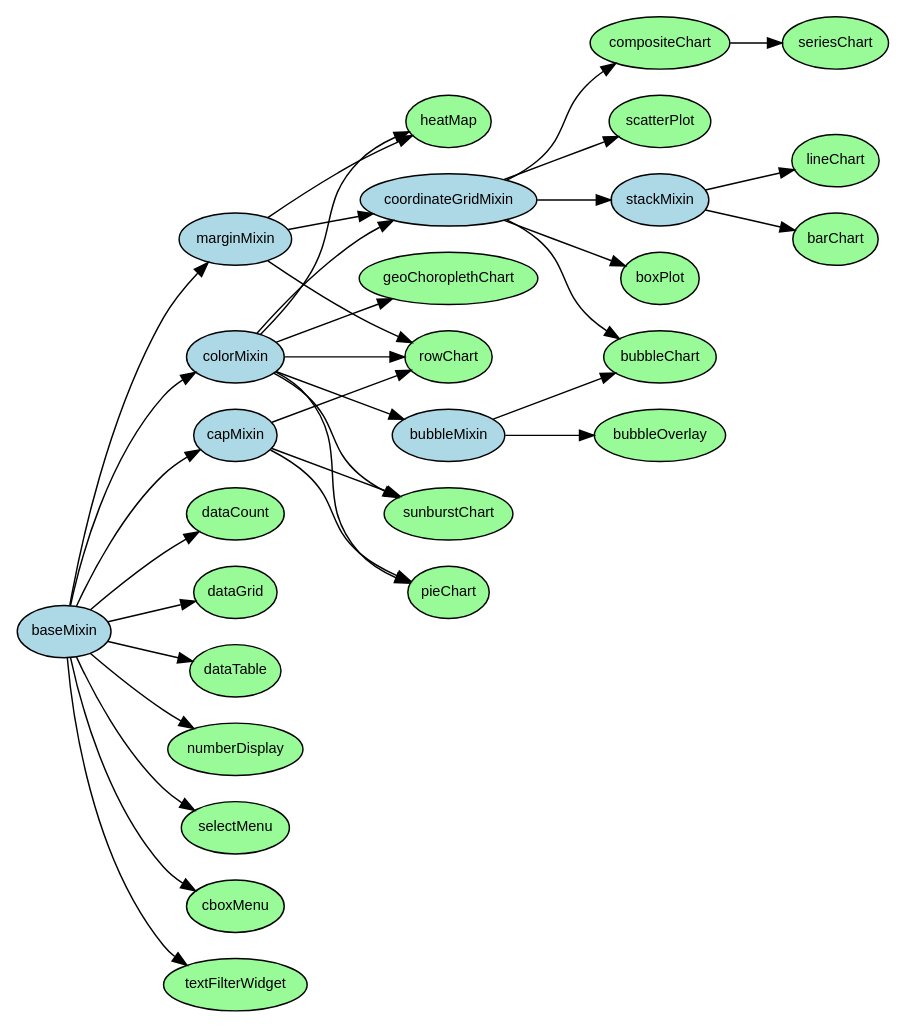
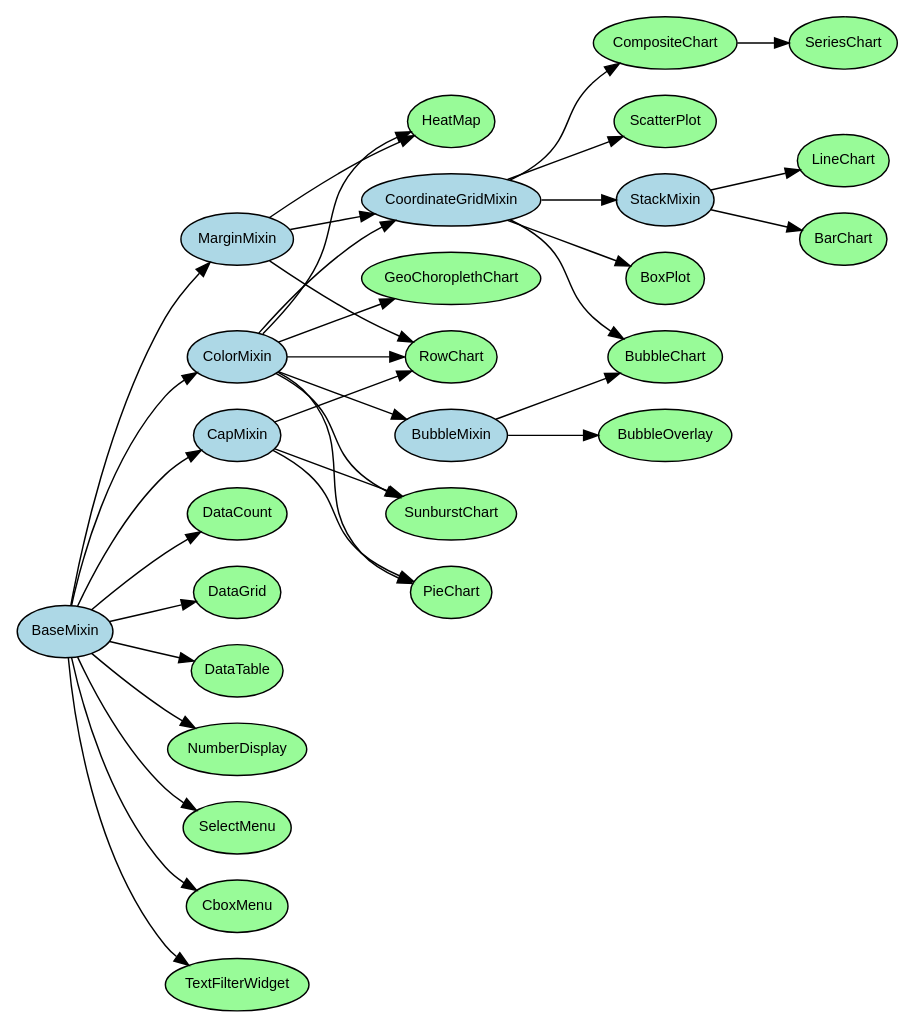
Before and after one commit to dc-js/dc.js: the diagram in class-hierarchy.dot, drawn with Graphviz.

Commit message:
fix links and capitalize class names in class hierarchy
fixes #1597

```diff
--- a/class-hierarchy.dot
+++ b/class-hierarchy.dot
@@ -1,40 +1,40 @@
 digraph dcHierarchy {
 graph [rankdir=LR, ranksep=0.5]
-node [fontname="sans-serif", fontsize=10, margin="0.05,0.05", href="dc.\N.html"]
+node [fontname="sans-serif", fontsize=10, margin="0.05,0.05", href="\N.html"]
 node [style=filled, fillcolor=palegreen]
-{ node [style=filled, fillcolor=lightblue] baseMixin colorMixin marginMixin bubbleMixin coordinateGridMixin stackMixin capMixin }
-baseMixin [href="dc.baseMixin.html"]
-colorMixin -> coordinateGridMixin
-marginMixin -> coordinateGridMixin
-coordinateGridMixin -> stackMixin
-stackMixin -> barChart
-coordinateGridMixin -> boxPlot
-coordinateGridMixin -> bubbleChart
-bubbleMixin -> bubbleChart
-colorMixin -> bubbleMixin
-bubbleMixin -> bubbleOverlay
-coordinateGridMixin -> compositeChart
-compositeChart -> seriesChart
-baseMixin -> dataCount
-baseMixin -> dataGrid
-baseMixin -> dataTable
-baseMixin -> colorMixin
-colorMixin -> geoChoroplethChart
-baseMixin -> marginMixin
-marginMixin -> heatMap
-colorMixin -> heatMap
-stackMixin -> lineChart
-baseMixin -> numberDisplay
-colorMixin -> pieChart
-baseMixin -> capMixin
-capMixin -> pieChart
-capMixin -> rowChart
-marginMixin -> rowChart
-colorMixin -> rowChart
-coordinateGridMixin -> scatterPlot
-baseMixin -> selectMenu
-baseMixin -> cboxMenu
-colorMixin -> sunburstChart
-capMixin -> sunburstChart
-baseMixin -> textFilterWidget
+{ node [style=filled, fillcolor=lightblue] BaseMixin ColorMixin MarginMixin BubbleMixin CoordinateGridMixin StackMixin CapMixin }
+BaseMixin
+ColorMixin -> CoordinateGridMixin
+MarginMixin -> CoordinateGridMixin
+CoordinateGridMixin -> StackMixin
+StackMixin -> BarChart
+CoordinateGridMixin -> BoxPlot
+CoordinateGridMixin -> BubbleChart
+BubbleMixin -> BubbleChart
+ColorMixin -> BubbleMixin
+BubbleMixin -> BubbleOverlay
+CoordinateGridMixin -> CompositeChart
+CompositeChart -> SeriesChart
+BaseMixin -> DataCount
+BaseMixin -> DataGrid
+BaseMixin -> DataTable
+BaseMixin -> ColorMixin
+ColorMixin -> GeoChoroplethChart
+BaseMixin -> MarginMixin
+MarginMixin -> HeatMap
+ColorMixin -> HeatMap
+StackMixin -> LineChart
+BaseMixin -> NumberDisplay
+ColorMixin -> PieChart
+BaseMixin -> CapMixin
+CapMixin -> PieChart
+CapMixin -> RowChart
+MarginMixin -> RowChart
+ColorMixin -> RowChart
+CoordinateGridMixin -> ScatterPlot
+BaseMixin -> SelectMenu
+BaseMixin -> CboxMenu
+ColorMixin -> SunburstChart
+CapMixin -> SunburstChart
+BaseMixin -> TextFilterWidget
 }
```
